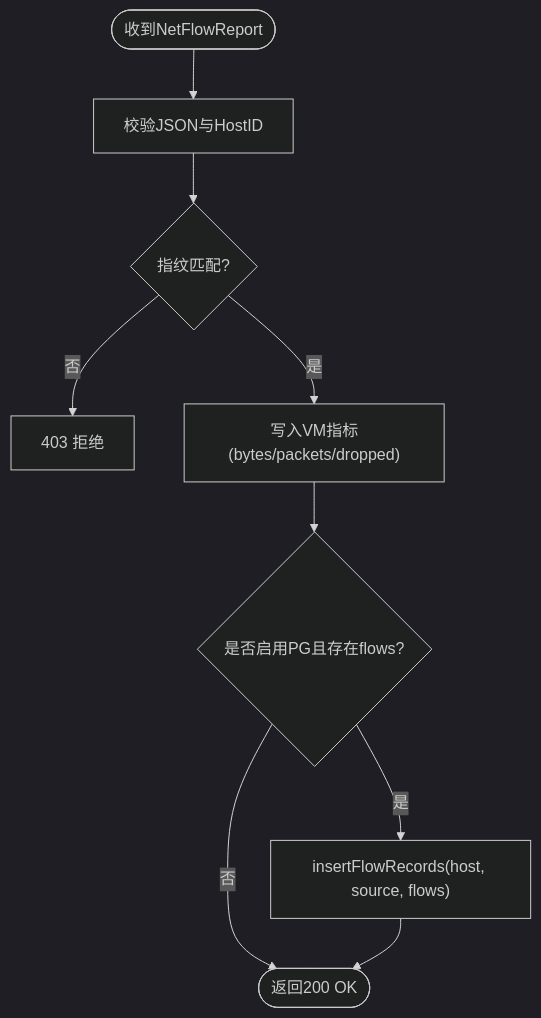
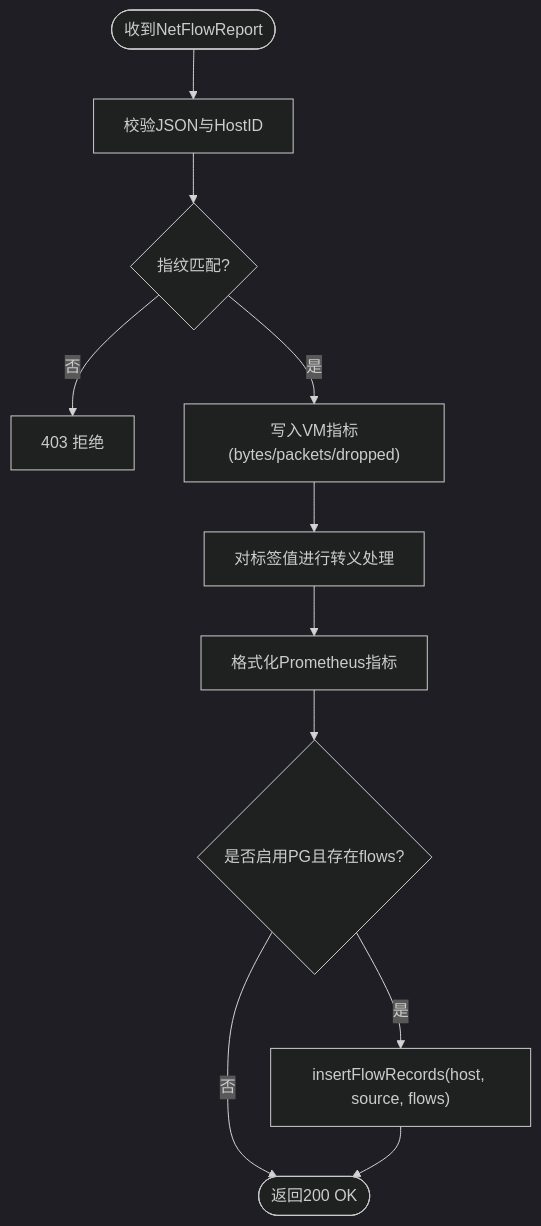
Before and after one commit to sreyun/aiops-monitor: the sixth of 9 diagrams in .qoder/repowiki/zh/content/架构设计/Agent 客户端架构/NetFlow网络流量采集器.md, drawn with Mermaid (dark theme). The commit also changed other lines of this file and 55 other files, not shown here.

````diff
--- a/.qoder/repowiki/zh/content/架构设计/Agent 客户端架构/NetFlow网络流量采集器.md
+++ b/.qoder/repowiki/zh/content/架构设计/Agent 客户端架构/NetFlow网络流量采集器.md
@@ -280,11 +344,13 @@
 ```mermaid
 flowchart TD
 Start(["收到NetFlowReport"]) --> Validate["校验JSON与HostID"]
 Validate --> FP{"指纹匹配?"}
 FP -- 否 --> Deny["403 拒绝"]
 FP -- 是 --> WriteVM["写入VM指标(bytes/packets/dropped)"]
-WriteVM --> StorePG{"是否启用PG且存在flows?"}
+WriteVM --> EscapeLabels["对标签值进行转义处理"]
+EscapeLabels --> FormatMetric["格式化Prometheus指标"]
+FormatMetric --> StorePG{"是否启用PG且存在flows?"}
 StorePG -- 是 --> InsertPG["insertFlowRecords(host, source, flows)"]
 StorePG -- 否 --> End(["返回200 OK"])
 InsertPG --> End
 ```
````
